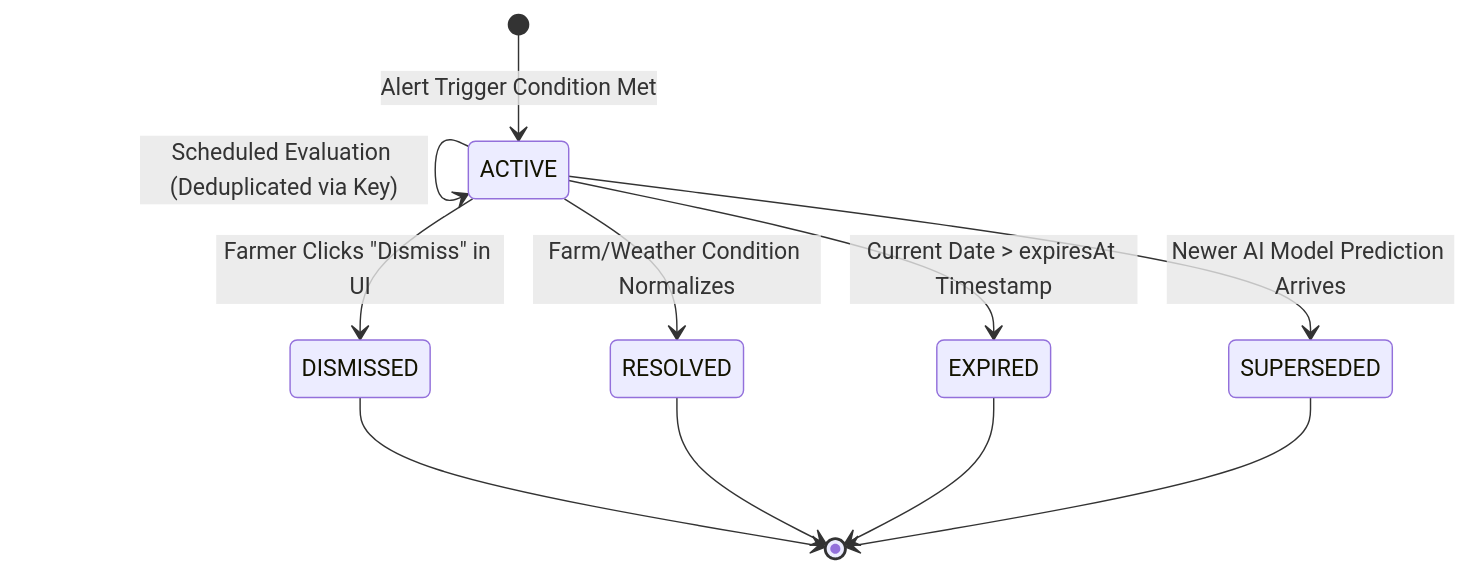
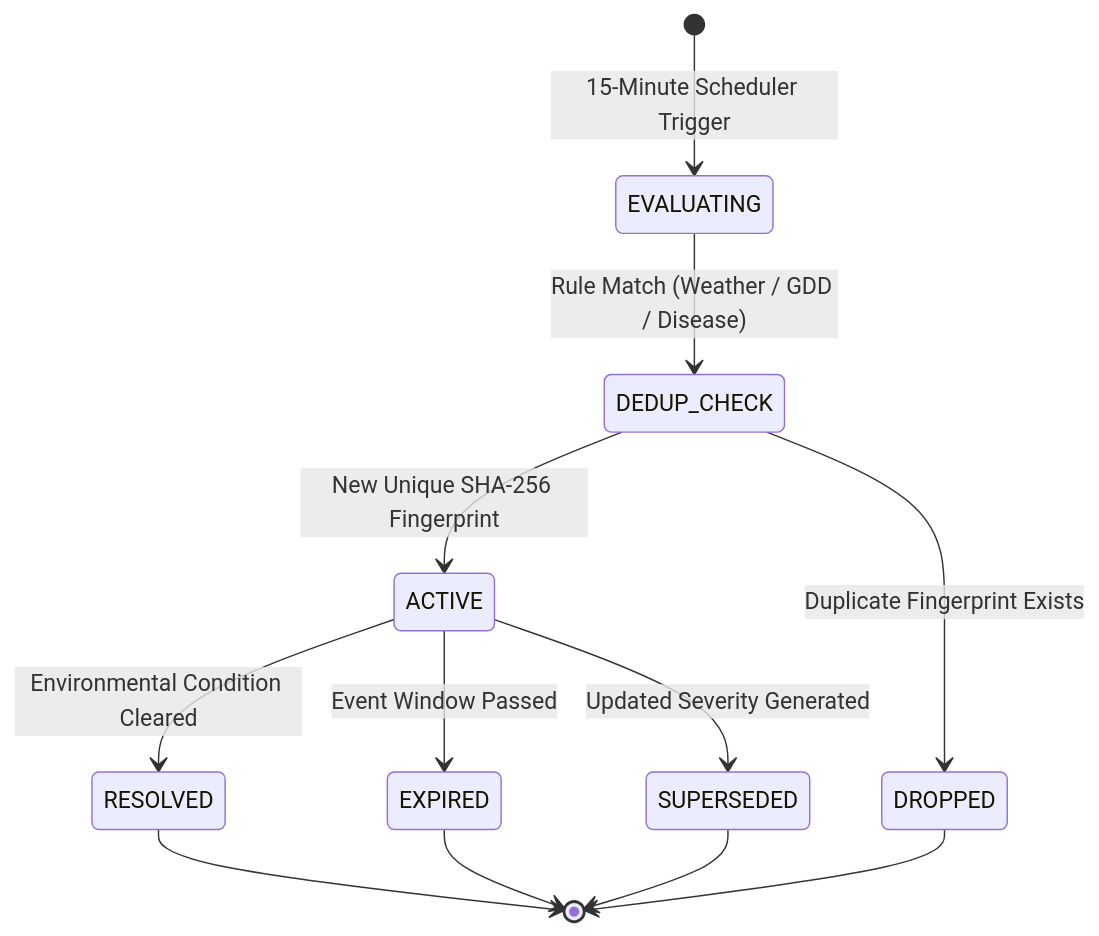
Before and after one commit to DhruvPathak767/HarvestWindow: the third of 4 diagrams in README.md, drawn with Mermaid. The commit also changed other lines of this file and 7 other files, not shown here.

````diff
--- a/README.md
+++ b/README.md
@@ -208,15 +339,14 @@
 ```mermaid
 stateDiagram-v2
-    [*] --> ACTIVE : Alert Trigger Condition Met
-    
-    ACTIVE --> ACTIVE : Scheduled Evaluation (Deduplicated via Key)
-    ACTIVE --> RESOLVED : Farm/Weather Condition Normalizes
-    ACTIVE --> EXPIRED : Current Date > expiresAt Timestamp
-    ACTIVE --> SUPERSEDED : Newer AI Model Prediction Arrives
-    ACTIVE --> DISMISSED : Farmer Clicks "Dismiss" in UI
-
-    DISMISSED --> [*]
+    [*] --> EVALUATING: 15-Minute Scheduler Trigger
+    EVALUATING --> DEDUP_CHECK: Rule Match (Weather / GDD / Disease)
+    DEDUP_CHECK --> ACTIVE: New Unique SHA-256 Fingerprint
+    DEDUP_CHECK --> DROPPED: Duplicate Fingerprint Exists
+    ACTIVE --> RESOLVED: Environmental Condition Cleared
+    ACTIVE --> EXPIRED: Event Window Passed
+    ACTIVE --> SUPERSEDED: Updated Severity Generated
     RESOLVED --> [*]
     EXPIRED --> [*]
     SUPERSEDED --> [*]
+    DROPPED --> [*]
 ```
````
